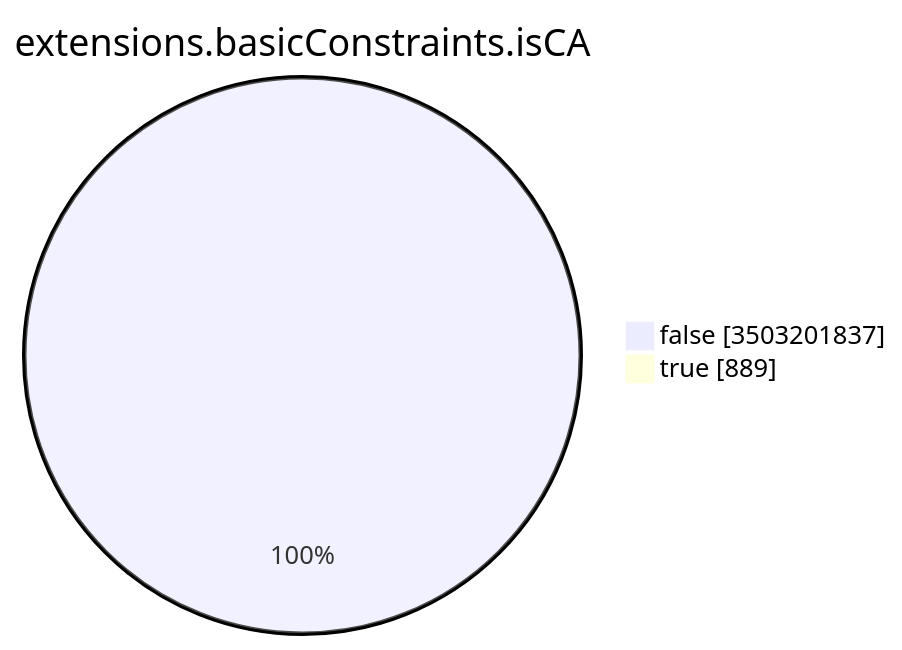
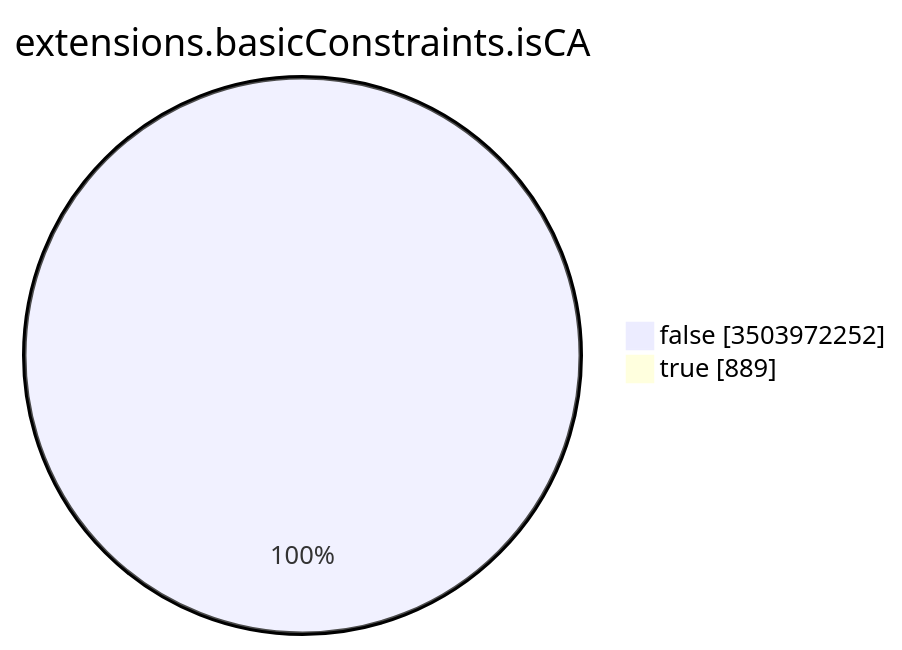
The seventh of 15 diagrams in TOTAL/README.md (christiankrug/ctmonitor_visualization), drawn with Mermaid before and after one commit. The commit also changed other lines of this file, not shown here.

````diff
--- a/TOTAL/README.md
+++ b/TOTAL/README.md
@@ -3094,6 +3094,6 @@
 ```mermaid
 pie showData
 title extensions.basicConstraints.isCA
-"false" :3503201837
+"false" :3503972252
 "true" :889
 ```
````
